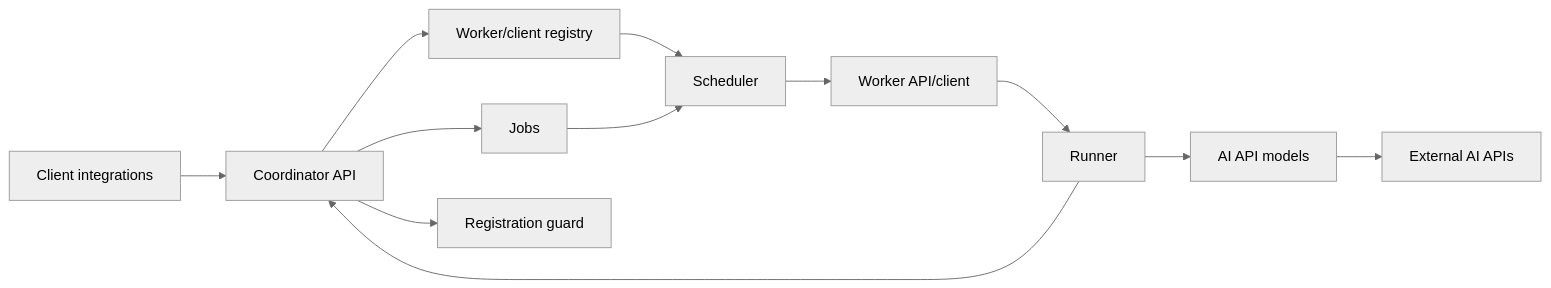
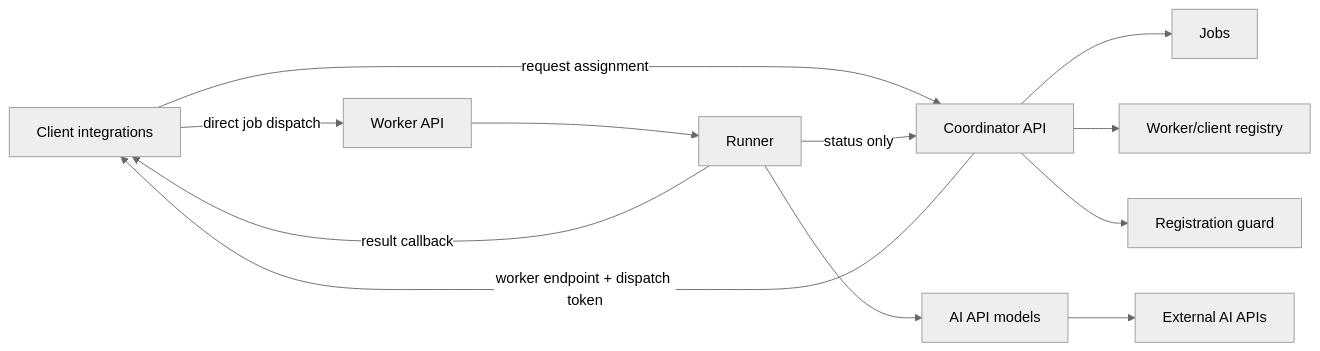
One commit to dmitriishobolov/TryOnService changed the diagram in README.md. Above: the diagram before and after it, drawn with Mermaid (neutral theme). The commit also changed other lines of this file and 31 other files, not shown here.

Commit message:
feat: make coordinator assign workers for direct dispatch

````diff
--- a/README.md
+++ b/README.md
@@ -18,14 +18,14 @@
 ```mermaid
 flowchart LR
-    Client["Client integrations"] --> CoordinatorAPI["Coordinator API"]
+    Client["Client integrations"] -->|"request assignment"| CoordinatorAPI["Coordinator API"]
     CoordinatorAPI --> Jobs["Jobs"]
     CoordinatorAPI --> Registry["Worker/client registry"]
     CoordinatorAPI --> Security["Registration guard"]
-    Registry --> Scheduler["Scheduler"]
-    Jobs --> Scheduler
-    Scheduler --> WorkerAPI["Worker API/client"]
+    CoordinatorAPI -->|"worker endpoint + dispatch token"| Client
+    Client -->|"direct job dispatch"| WorkerAPI["Worker API"]
     WorkerAPI --> Runner["Runner"]
     Runner --> Models["AI API models"]
     Models --> AI["External AI APIs"]
-    Runner --> CoordinatorAPI
+    Runner -->|"status only"| CoordinatorAPI
+    Runner -->|"result callback"| Client
 ```
````
